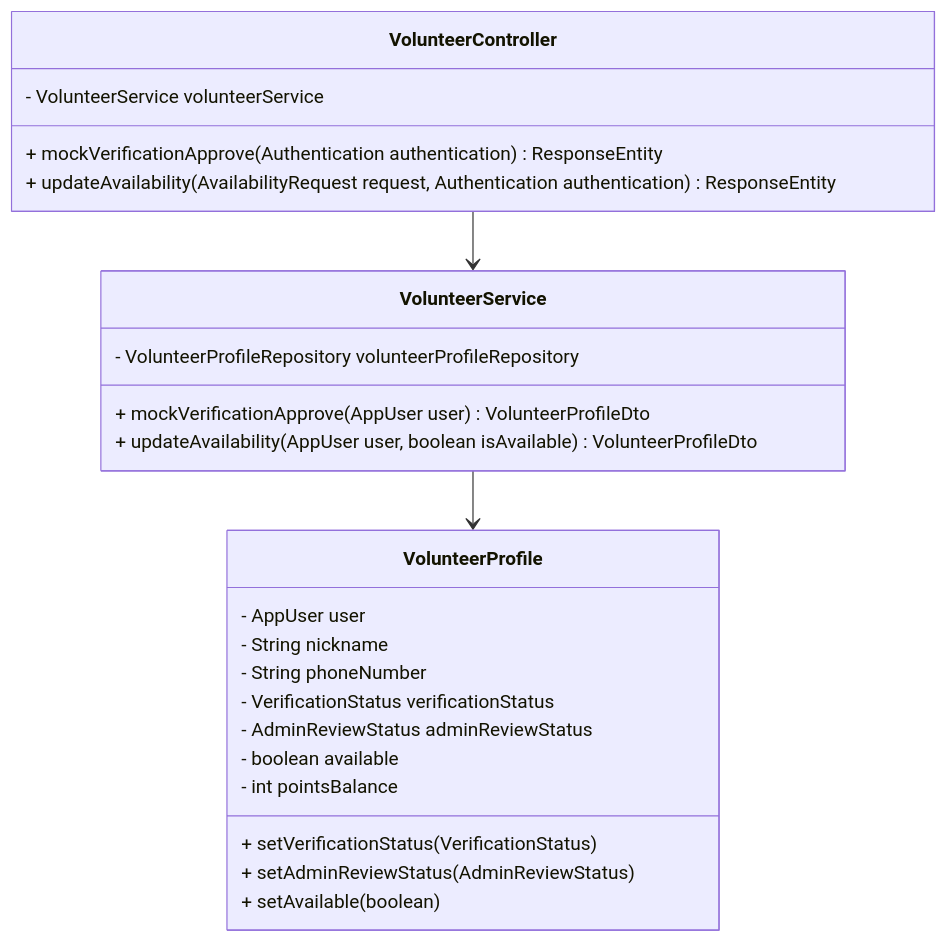
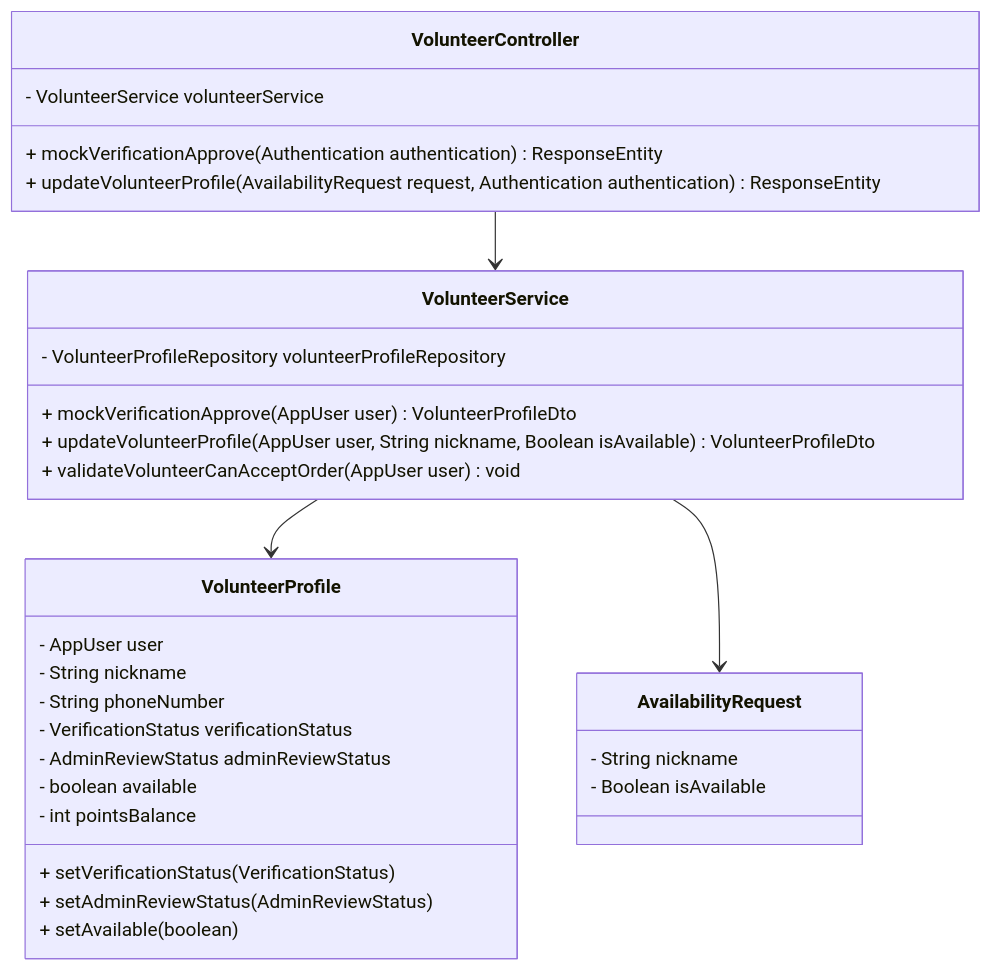
Before and after one commit to Jayden23018/blind-run-ios: the eighth of 15 diagrams in .qoder/repowiki/zh/content/核心功能模块/志愿者功能/志愿者认证管理.md, drawn with Mermaid. The commit also changed other lines of this file and 22 other files, not shown here.

````diff
--- a/.qoder/repowiki/zh/content/核心功能模块/志愿者功能/志愿者认证管理.md
+++ b/.qoder/repowiki/zh/content/核心功能模块/志愿者功能/志愿者认证管理.md
@@ -328,27 +332,33 @@
 ```mermaid
 classDiagram
 class VolunteerService {
 - VolunteerProfileRepository volunteerProfileRepository
 + mockVerificationApprove(AppUser user) VolunteerProfileDto
-+ updateAvailability(AppUser user, boolean isAvailable) VolunteerProfileDto
++ updateVolunteerProfile(AppUser user, String nickname, Boolean isAvailable) VolunteerProfileDto
++ validateVolunteerCanAcceptOrder(AppUser user) void
 }
 class VolunteerController {
 - VolunteerService volunteerService
 + mockVerificationApprove(Authentication authentication) ResponseEntity
-+ updateAvailability(AvailabilityRequest request, Authentication authentication) ResponseEntity
++ updateVolunteerProfile(AvailabilityRequest request, Authentication authentication) ResponseEntity
 }
 class VolunteerProfile {
 - AppUser user
 - String nickname
 - String phoneNumber
 - VerificationStatus verificationStatus
 - AdminReviewStatus adminReviewStatus
 - boolean available
 - int pointsBalance
 + setVerificationStatus(VerificationStatus)
 + setAdminReviewStatus(AdminReviewStatus)
 + setAvailable(boolean)
 }
+class AvailabilityRequest {
+- String nickname
+- Boolean isAvailable
+}
 VolunteerController --> VolunteerService
 VolunteerService --> VolunteerProfile
+VolunteerService --> AvailabilityRequest
 ```
````
